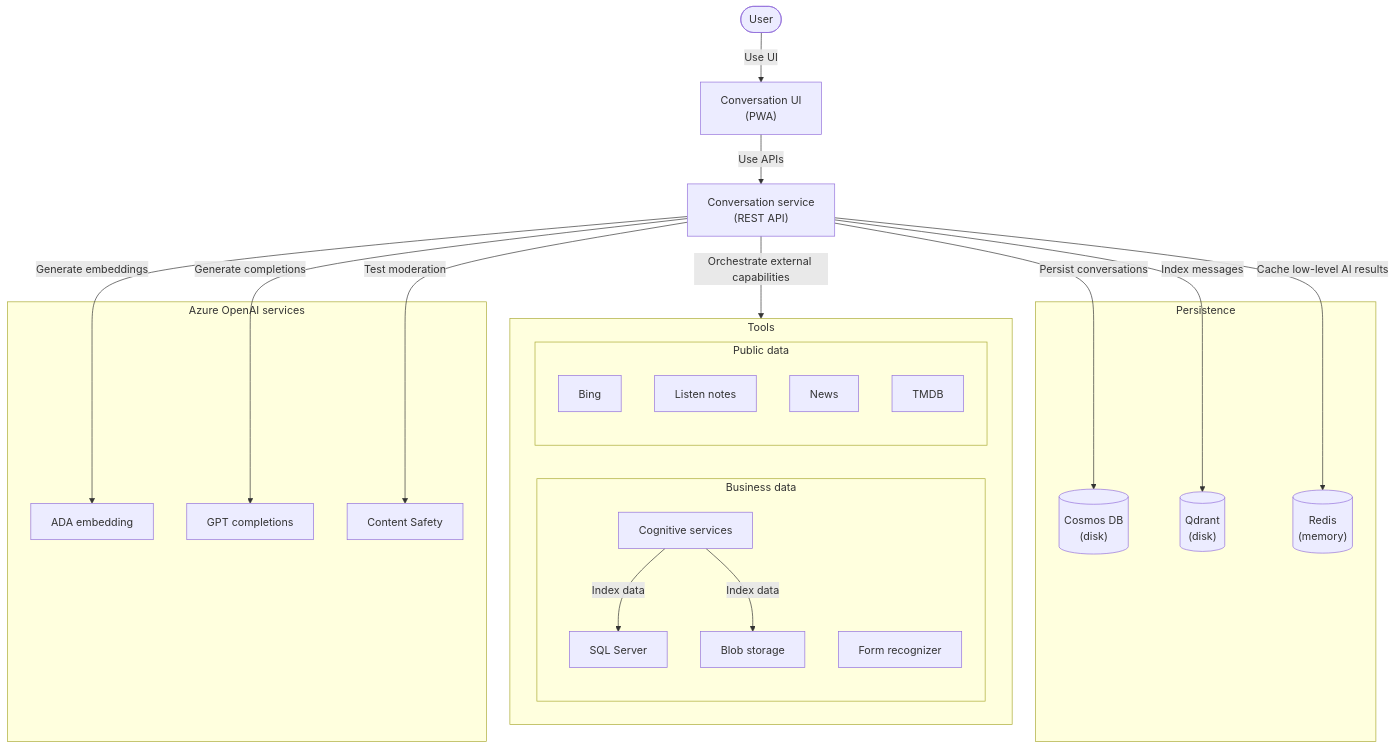
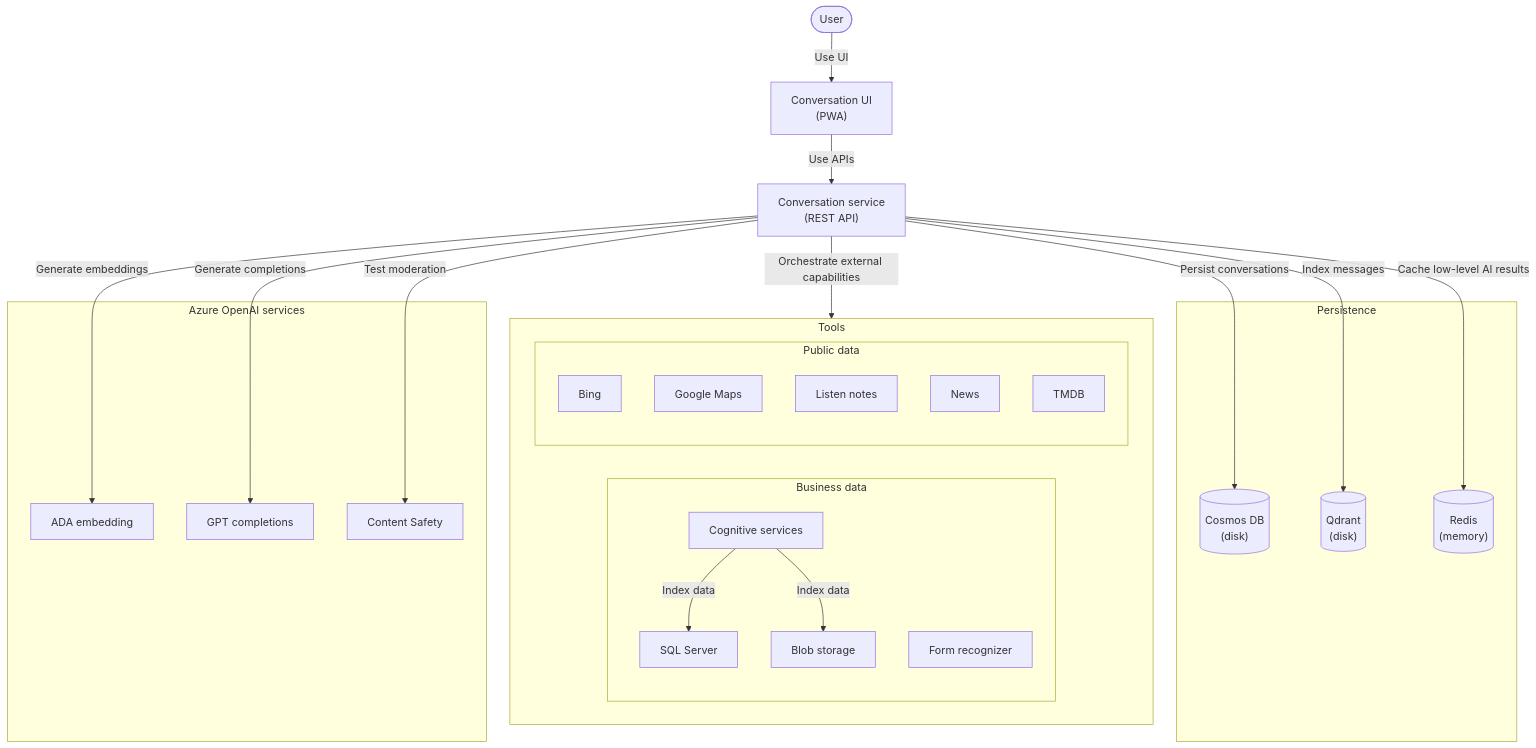
Before and after one commit to clemlesne/private-gpt: the second of 2 diagrams in README.md, drawn with Mermaid. The commit also changed other lines of this file and 5 other files, not shown here.

Commit message:
Feat: Google Maps places tool

````diff
--- a/README.md
+++ b/README.md
@@ -63,47 +63,48 @@
 ```mermaid
 graph
     user(["User"])
 
     api["Conversation service\n(REST API)"]
     ui["Conversation UI\n(PWA)"]
 
     subgraph tools["Tools"]
         subgraph "Business data"
             cognitive_services["Cognitive services"]
             form_recognizer["Form recognizer"]
             mssql["SQL Server"]
             storage_blob["Blob storage"]
         end
 
         subgraph "Public data"
             bing["Bing"]
+            google_maps["Google Maps"]
             listen_notes["Listen notes"]
             news["News"]
             tmdb["TMDB"]
         end
     end
 
     subgraph "Persistence"
         cosmosdb[("Cosmos DB\n(disk)")]
         qdrant[("Qdrant\n(disk)")]
         redis[("Redis\n(memory)")]
     end
 
     subgraph "Azure OpenAI services"
         oai_ada["ADA embedding"]
         oai_gpt["GPT completions"]
         safety["Content Safety"]
     end
 
     api -- Cache low-level AI results --> redis
     api -- Generate completions --> oai_gpt
     api -- Generate embeddings --> oai_ada
     api -- Index messages --> qdrant
     api -- Orchestrate external capabilities --> tools
     api -- Persist conversations --> cosmosdb
     api -- Test moderation --> safety
     cognitive_services -- Index data --> mssql
     cognitive_services -- Index data --> storage_blob
     ui -- Use APIs --> api
     user -- Use UI --> ui
 ```
````
